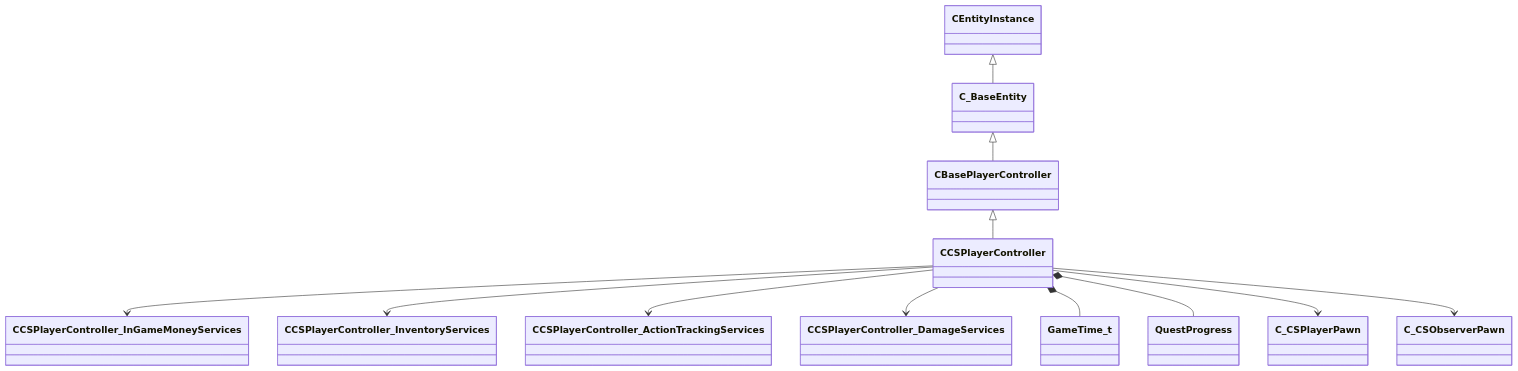
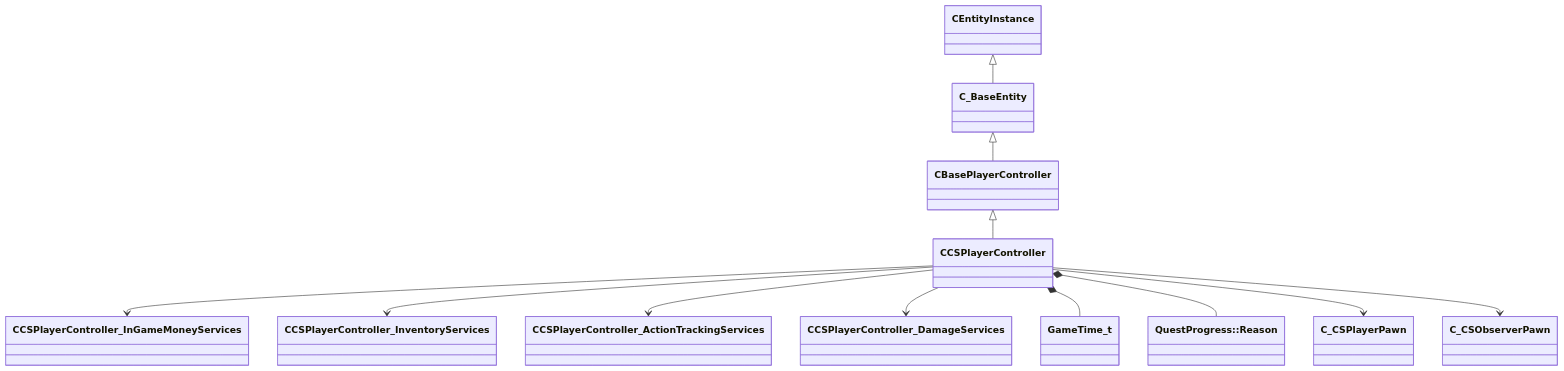
The diagram in docs/generated/schemas/client/CCSPlayerController.md (CS2OpenDev/CS2OpenDev-Docs), drawn with Mermaid before and after one commit. The commit also changed other lines of this file and 4525 other files, not shown here.

````diff
--- a/docs/generated/schemas/client/CCSPlayerController.md
+++ b/docs/generated/schemas/client/CCSPlayerController.md
@@ -23,14 +25,14 @@
 ```mermaid
 classDiagram
     CBasePlayerController <|-- CCSPlayerController
     C_BaseEntity <|-- CBasePlayerController
     CEntityInstance <|-- C_BaseEntity
     CCSPlayerController --> CCSPlayerController_InGameMoneyServices
     CCSPlayerController --> CCSPlayerController_InventoryServices
     CCSPlayerController --> CCSPlayerController_ActionTrackingServices
     CCSPlayerController --> CCSPlayerController_DamageServices
     CCSPlayerController *-- GameTime_t
-    CCSPlayerController *-- QuestProgress
+    CCSPlayerController *-- `QuestProgress::Reason`
     CCSPlayerController --> C_CSPlayerPawn
     CCSPlayerController --> C_CSObserverPawn
 ```
````
